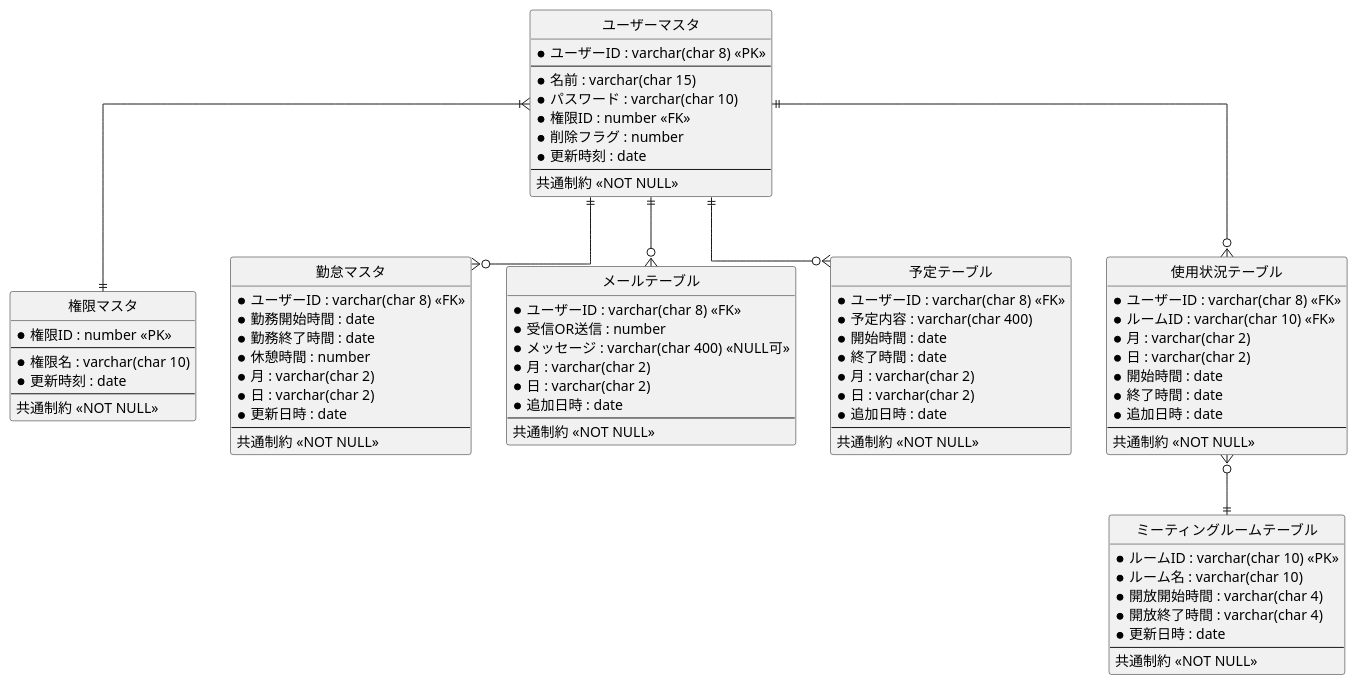
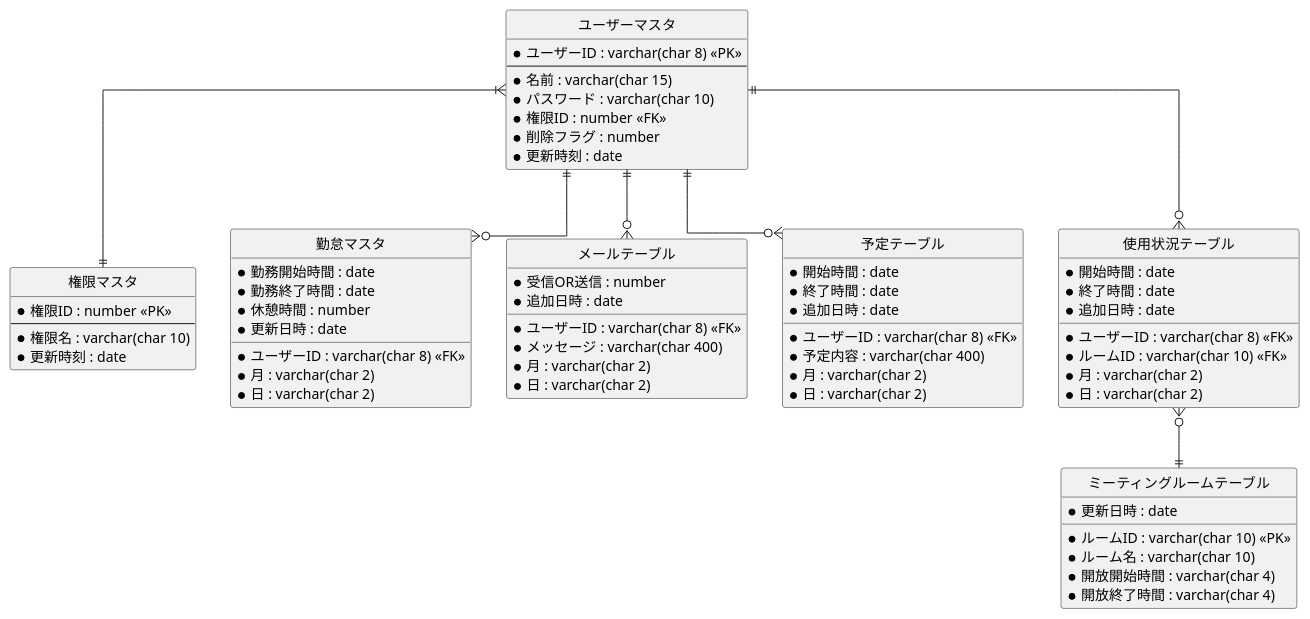
The diagram in ER図/ER図.pu (R-SAIKI/practiceUML), drawn with PlantUML before and after one commit. The commit also changed 1 other file, not shown here.

Commit message:
ER図修正

```diff
--- a/ER図/ER図.pu
+++ b/ER図/ER図.pu
@@ -1,94 +1,80 @@
 @startuml
 
 ' hide the spot
 hide circle
 
 ' avoid problems with angled crows feet
 skinparam linetype ortho
 
 entity "ユーザーマスタ" as user {
   *ユーザーID : varchar(char 8) <<PK>>
   --
   *名前 : varchar(char 15)
   *パスワード : varchar(char 10)
   *権限ID : number <<FK>>
   *削除フラグ : number
   *更新時刻 : date
-  --
-  共通制約 <<NOT NULL>>
 }
 
 entity "権限マスタ" as auth {
   *権限ID : number <<PK>> 
   --
   *権限名 : varchar(char 10)
   *更新時刻 : date
-  --
-  共通制約 <<NOT NULL>>
 }
 
 entity "勤怠マスタ" as attend {
   *ユーザーID : varchar(char 8) <<FK>>
   *勤務開始時間 : date
   *勤務終了時間 : date 
   *休憩時間 : number
   *月 : varchar(char 2) 
   *日 : varchar(char 2) 
   *更新日時 : date
-  --
-  共通制約 <<NOT NULL>>
 }
 
 entity "メールテーブル" as mail {
   *ユーザーID : varchar(char 8) <<FK>>
   *受信OR送信 : number
-  *メッセージ : varchar(char 400) <<NULL可>>
+  *メッセージ : varchar(char 400)
   *月 : varchar(char 2) 
   *日 : varchar(char 2) 
   *追加日時 : date
-  --
-  共通制約 <<NOT NULL>>
 }
 
 entity "予定テーブル" as plan {
   *ユーザーID : varchar(char 8) <<FK>>
   *予定内容 : varchar(char 400)
   *開始時間 : date
   *終了時間 : date 
   *月 : varchar(char 2) 
   *日 : varchar(char 2) 
   *追加日時 : date
-  --
-  共通制約 <<NOT NULL>>
 }
 
 entity "ミーティングルームテーブル" as meeting {
   *ルームID : varchar(char 10) <<PK>>
   *ルーム名 : varchar(char 10) 
   *開放開始時間 : varchar(char 4)
   *開放終了時間 : varchar(char 4)
   *更新日時 : date
-  --
-  共通制約 <<NOT NULL>>
 }
 
 entity "使用状況テーブル" as use {
   *ユーザーID : varchar(char 8) <<FK>>
   *ルームID : varchar(char 10) <<FK>>
   *月 : varchar(char 2) 
   *日 : varchar(char 2) 
   *開始時間 : date
   *終了時間 : date 
   *追加日時 : date
-  --
-  共通制約 <<NOT NULL>>
 }
 
 user }|--|| auth
 user ||--o{ attend
 user ||--o{ mail
 user ||--o{ plan
 user ||--o{ use
 use }o--|| meeting
 
 @enduml
```
